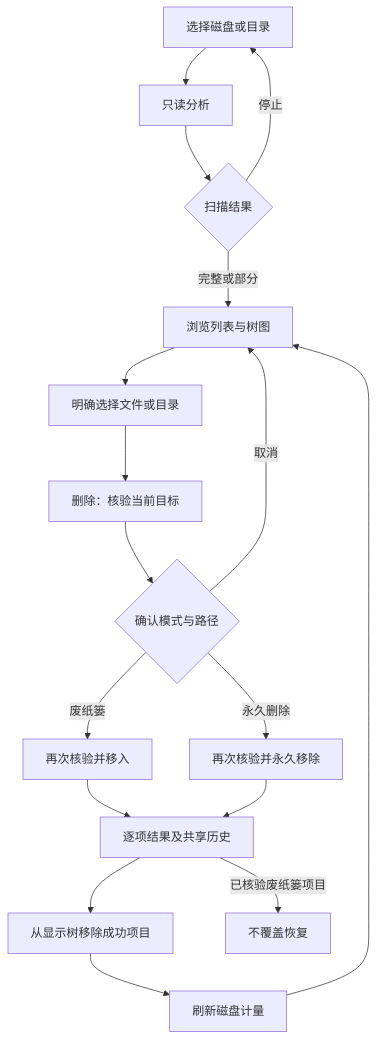
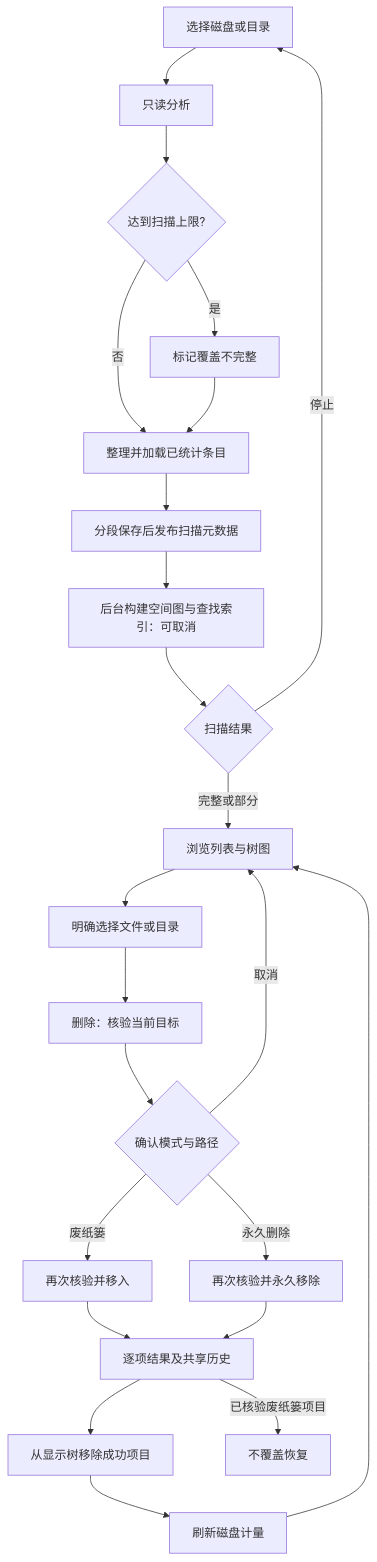
Before and after one commit to limecloud/shou: the second of 3 diagrams in docs/zh-CN/product/space-analysis.md, drawn with Mermaid. The commit also changed other lines of this file and 17 other files, not shown here.

````diff
--- a/docs/zh-CN/product/space-analysis.md
+++ b/docs/zh-CN/product/space-analysis.md
@@ -34,19 +36,25 @@
 ```mermaid
 flowchart TD
   A[选择磁盘或目录] --> B[只读分析]
-  B --> C{扫描结果}
+  B --> Limit{达到扫描上限?}
+  Limit -->|是| Partial[标记覆盖不完整]
+  Limit -->|否| Prepare[整理并加载已统计条目]
+  Partial --> Prepare
+  Prepare --> Save[分段保存后发布扫描元数据]
+  Save --> Index[后台构建空间图与查找索引：可取消]
+  Index --> C{扫描结果}
   C -->|完整或部分| D[浏览列表与树图]
   C -->|停止| A
   D --> E[明确选择文件或目录]
   E --> F[删除：核验当前目标]
   F --> G{确认模式与路径}
   G -->|取消| D
   G -->|废纸篓| H[再次核验并移入]
   G -->|永久删除| I[再次核验并永久移除]
   H --> J[逐项结果及共享历史]
   I --> J
   J --> K[从显示树移除成功项目]
   K --> L[刷新磁盘计量]
   L --> D
   J -->|已核验废纸篓项目| M[不覆盖恢复]
 ```
````
